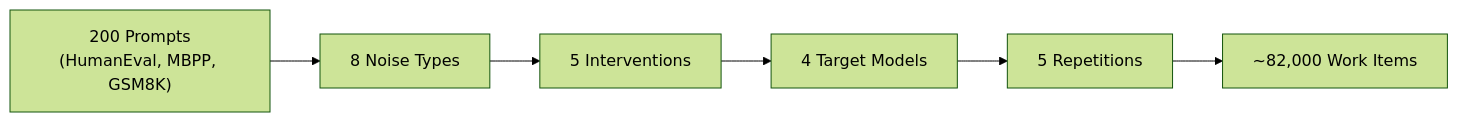
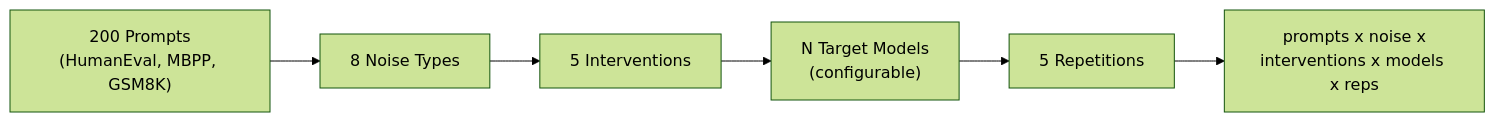
Before and after one commit to sscargal/linguistic-tax: the diagram in README.md, drawn with Mermaid (forest theme). The commit also changed other lines of this file, not shown here.

First line of the commit message:
docs(21-01): update README.md for v2.0 architecture

````diff
--- a/README.md
+++ b/README.md
@@ -221,11 +247,11 @@
 ```mermaid
 flowchart LR
     P["200 Prompts<br/>(HumanEval, MBPP, GSM8K)"]
     N["8 Noise Types"]
     I["5 Interventions"]
-    M["4 Target Models"]
+    M["N Target Models<br/>(configurable)"]
     R["5 Repetitions"]
-    O["~82,000 Work Items"]
+    O["prompts x noise x<br/>interventions x models x reps"]
 
     P --> N --> I --> M --> R --> O
 ```
````
